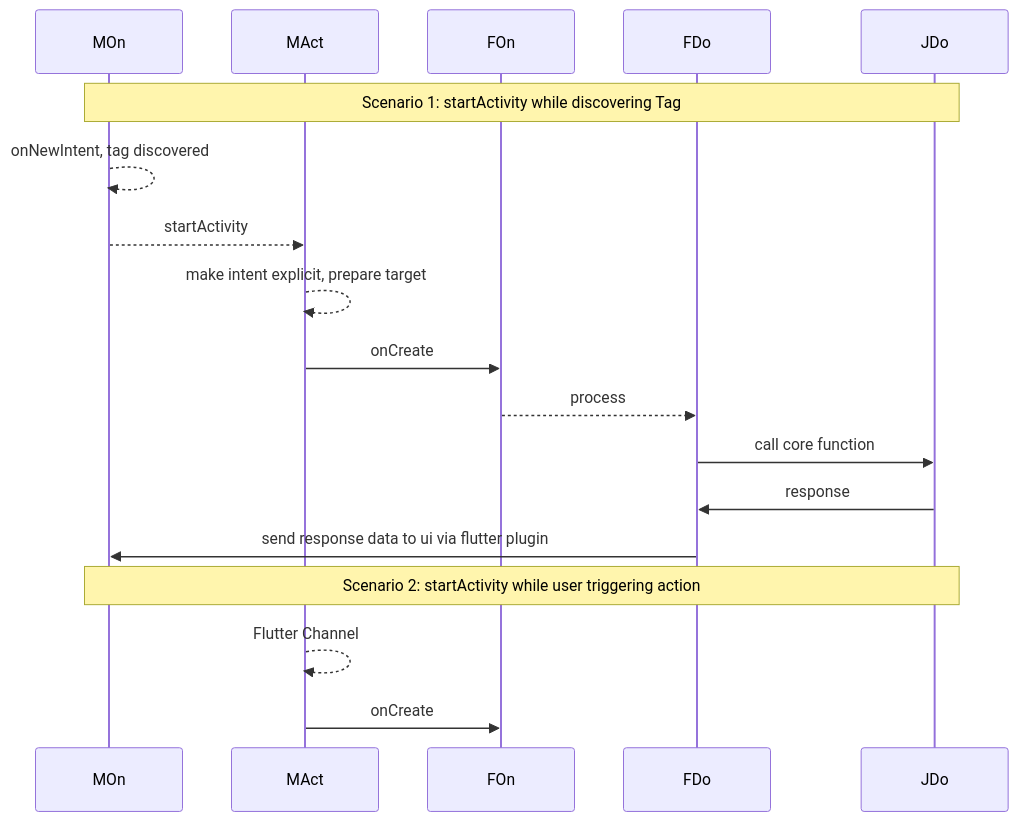
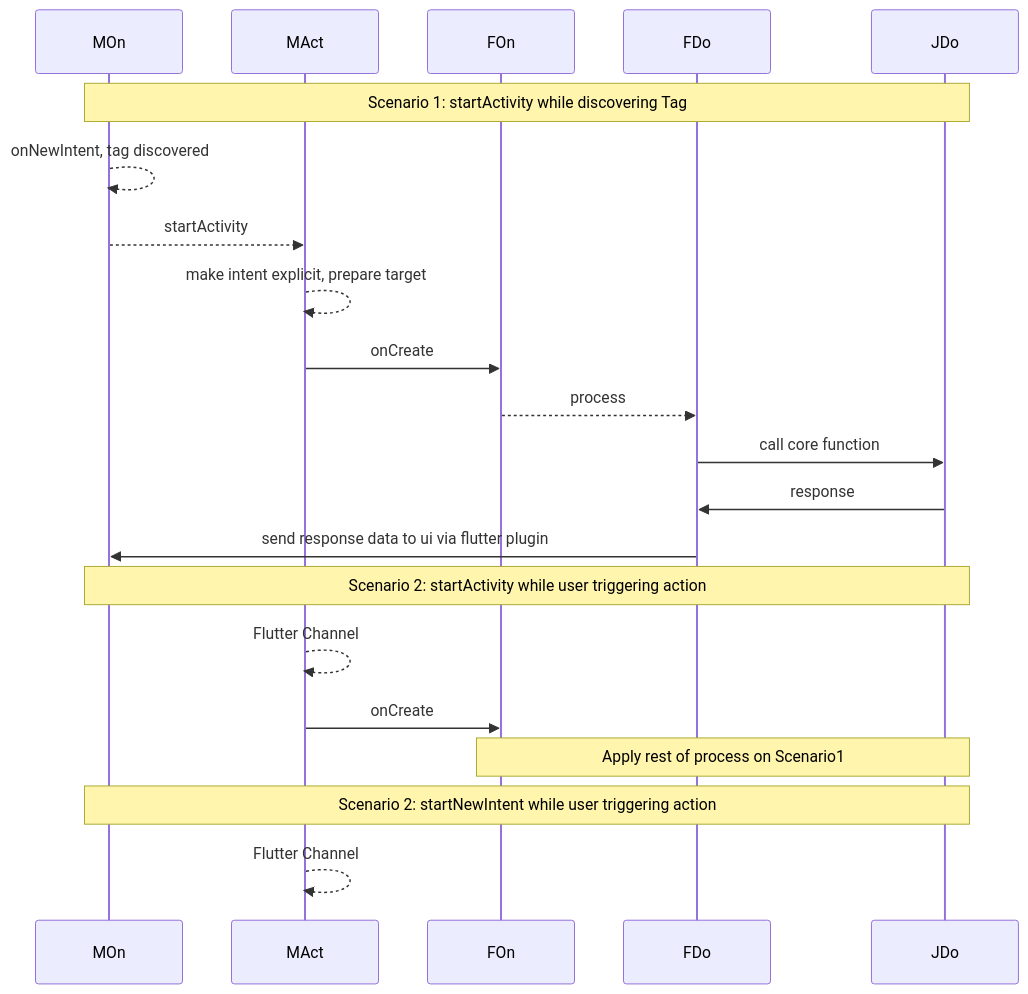
The first of 3 diagrams in flutter/android_to_flutter.md (gordianknotC/nxp_note), drawn with Mermaid before and after one commit. The commit also changed other lines of this file, not shown here.

Commit message:
flutter/android_to_flutter.md updated from https://stackedit.io/

````diff
--- a/flutter/android_to_flutter.md
+++ b/flutter/android_to_flutter.md
@@ -3,24 +3,28 @@
 ```mermaid
 sequenceDiagram
 
 participant MOn
 participant MAct
 participant FOn
 participant FDo
 participant JDo
 
 Note over MOn, JDo: Scenario 1: startActivity while discovering Tag
 MOn-->>MOn: onNewIntent, tag discovered
 MOn-->>MAct: startActivity
 MAct-->>MAct: make intent explicit, prepare target
 MAct->>FOn: onCreate
 FOn-->>FDo: process
 FDo->>JDo: call core function
 JDo->>FDo: response
 FDo->>MOn: send response data to ui via flutter plugin
 
 Note over MOn, JDo: Scenario 2: startActivity while user triggering action
 MAct-->>MAct: Flutter Channel
 MAct->>FOn: onCreate
+Note over FOn, JDo: Apply rest of process on Scenario1
+
+Note over MOn, JDo: Scenario 2: startNewIntent while user triggering action
+MAct-->>MAct: Flutter Channel
 
 ```
````
